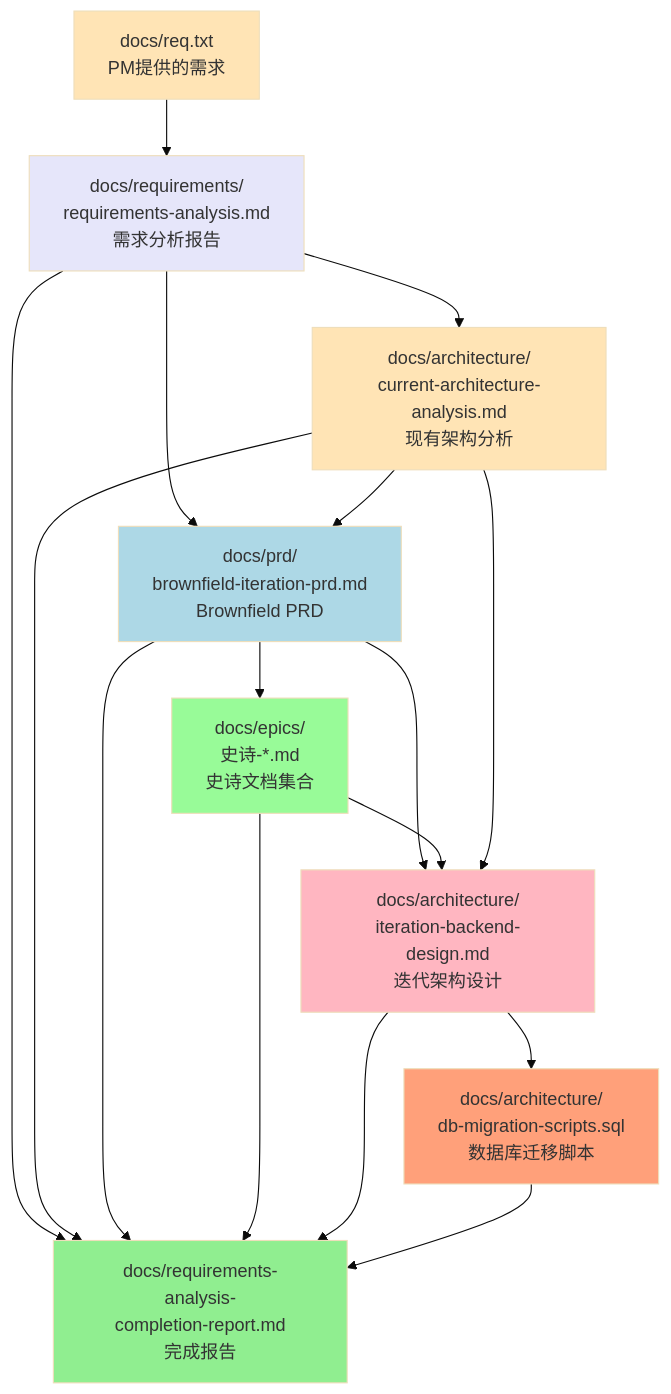
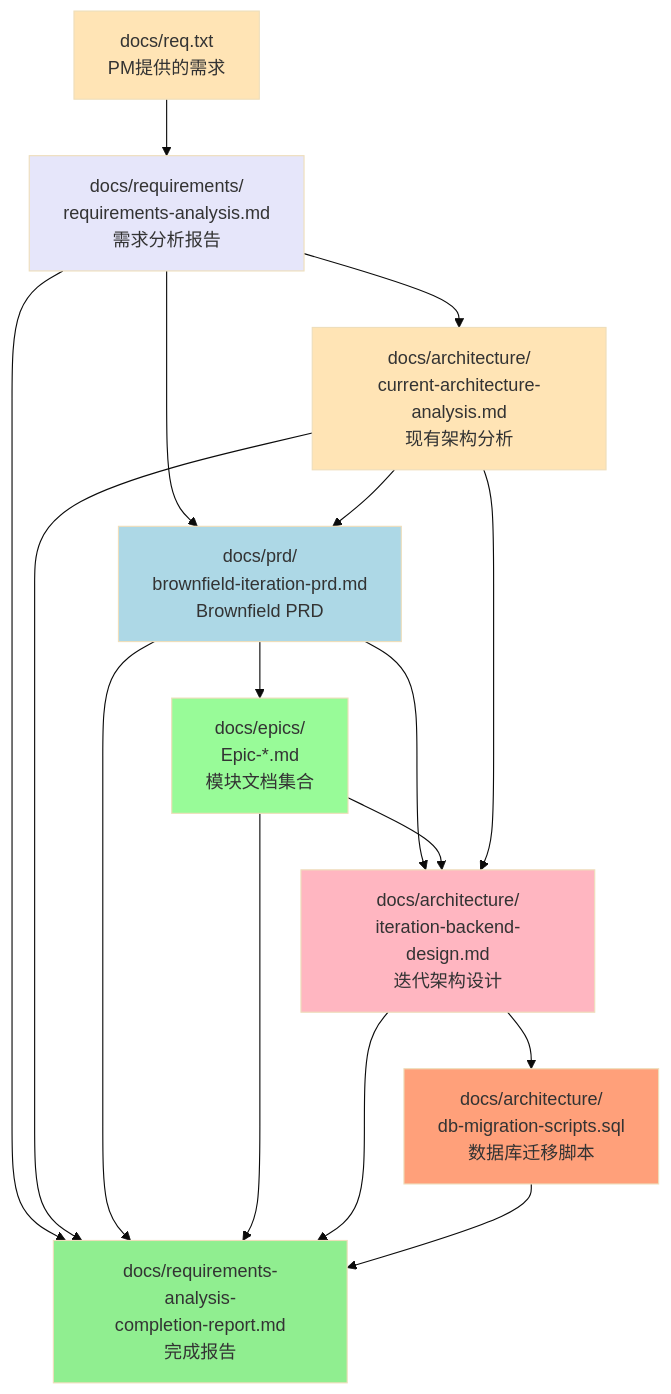
One commit to zqyl-xiaoma/xiaoma-cli-release changed the first of 2 diagrams in docs/automated-requirements-analysis-outputs.md. Above: the diagram before and after it, drawn with Mermaid (base theme). The commit also changed other lines of this file and 18 other files, not shown here.

````diff
--- a/docs/automated-requirements-analysis-outputs.md
+++ b/docs/automated-requirements-analysis-outputs.md
@@ -611,33 +611,33 @@
 ```mermaid
 graph TD
     A[docs/req.txt<br/>PM提供的需求] --> B[docs/requirements/<br/>requirements-analysis.md<br/>需求分析报告]
 
     B --> C[docs/architecture/<br/>current-architecture-analysis.md<br/>现有架构分析]
 
     B --> D[docs/prd/<br/>brownfield-iteration-prd.md<br/>Brownfield PRD]
     C --> D
 
-    D --> E[docs/epics/<br/>史诗-*.md<br/>史诗文档集合]
+    D --> E[docs/epics/<br/>Epic-*.md<br/>模块文档集合]
 
     D --> F[docs/architecture/<br/>iteration-backend-design.md<br/>迭代架构设计]
     E --> F
     C --> F
 
     F --> G[docs/architecture/<br/>db-migration-scripts.sql<br/>数据库迁移脚本]
 
     B --> H[docs/requirements-analysis-<br/>completion-report.md<br/>完成报告]
     C --> H
     D --> H
     E --> H
     F --> H
     G --> H
 
     style A fill:#FFE4B5
     style B fill:#E6E6FA
     style C fill:#FFE4B5
     style D fill:#ADD8E6
     style E fill:#98FB98
     style F fill:#FFB6C1
     style G fill:#FFA07A
     style H fill:#90EE90
 ```
````
